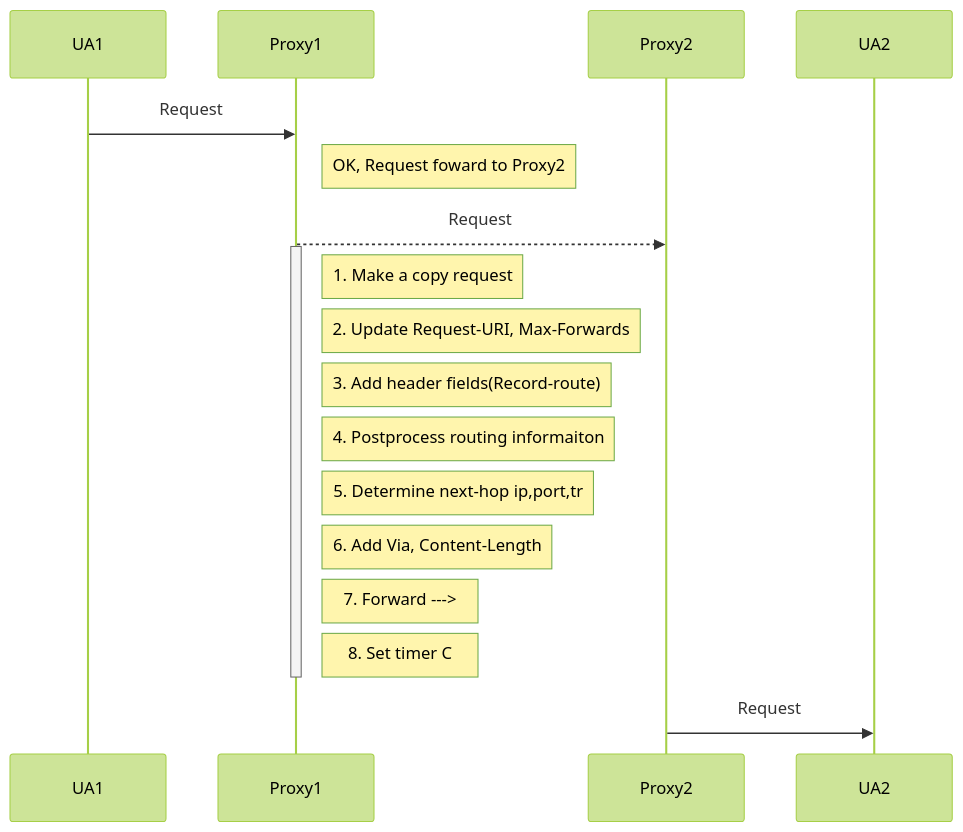
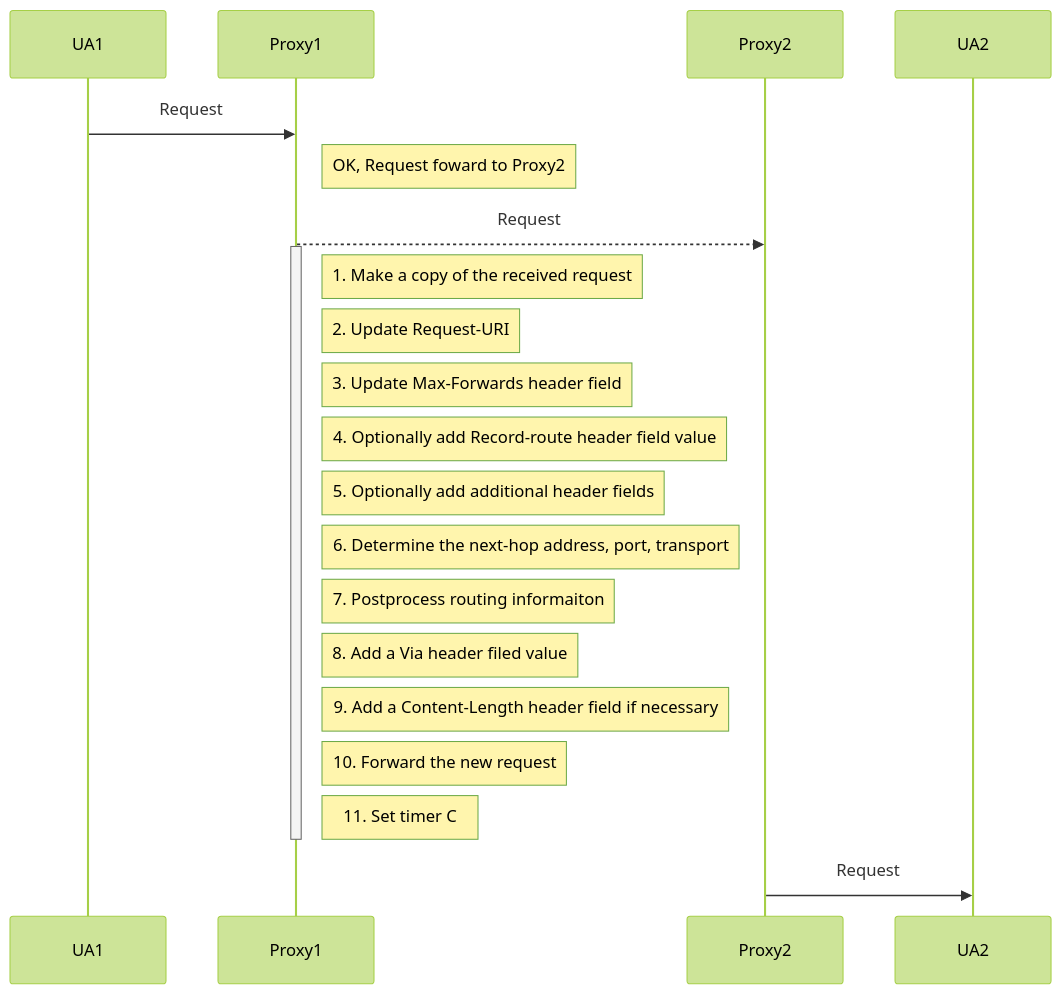
Before and after one commit to byung-u/TeleCommunicationDocs: the diagram in proxy_forward.mmd, drawn with Mermaid (forest theme). The commit also changed 7 other files, not shown here.

```diff
--- a/proxy_forward.mmd
+++ b/proxy_forward.mmd
@@ -1,16 +1,19 @@
 %% Sequence diagram code
 sequenceDiagram
     UA1 ->> Proxy1: Request
     Note right of Proxy1: OK, Request foward to Proxy2
     Proxy1 -->> Proxy2: Request
     activate Proxy1
-    Note right of Proxy1: 1. Make a copy request
-    Note right of Proxy1: 2. Update Request-URI, Max-Forwards
-    Note right of Proxy1: 3. Add header fields(Record-route)
-    Note right of Proxy1: 4. Postprocess routing informaiton
-    Note right of Proxy1: 5. Determine next-hop ip,port,tr
-    Note right of Proxy1: 6. Add Via, Content-Length
-    Note right of Proxy1: 7. Forward ---> 
-    Note right of Proxy1: 8. Set timer C
+    Note right of Proxy1: 1. Make a copy of the received request
+    Note right of Proxy1: 2. Update Request-URI
+    Note right of Proxy1: 3. Update Max-Forwards header field
+    Note right of Proxy1: 4. Optionally add Record-route header field value
+    Note right of Proxy1: 5. Optionally add additional header fields
+    Note right of Proxy1: 6. Determine the next-hop address, port, transport
+    Note right of Proxy1: 7. Postprocess routing informaiton
+    Note right of Proxy1: 8. Add a Via header filed value
+    Note right of Proxy1: 9. Add a Content-Length header field if necessary
+    Note right of Proxy1: 10. Forward the new request
+    Note right of Proxy1: 11. Set timer C
     deactivate Proxy1
     Proxy2 ->> UA2: Request
```
